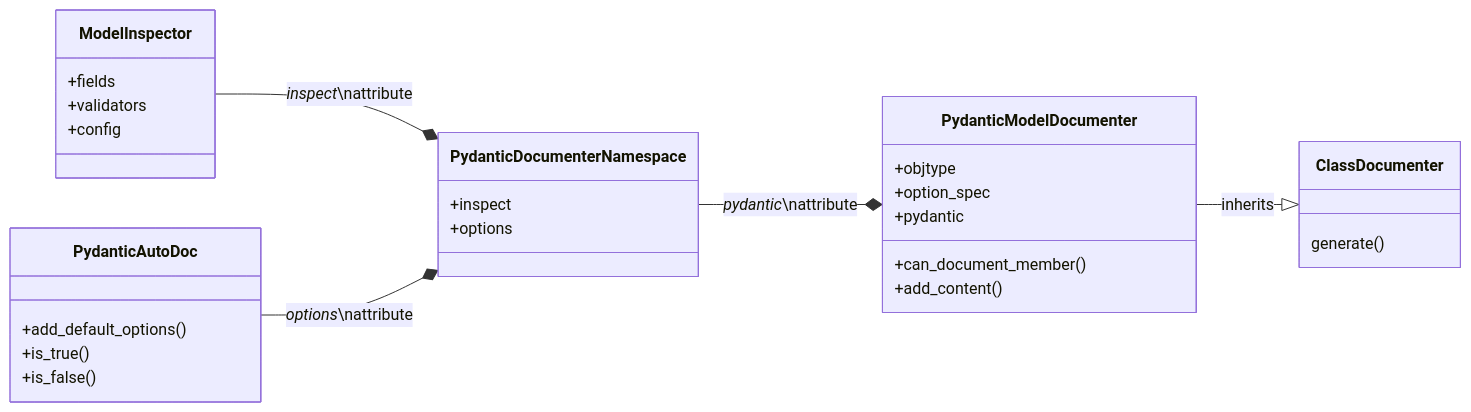
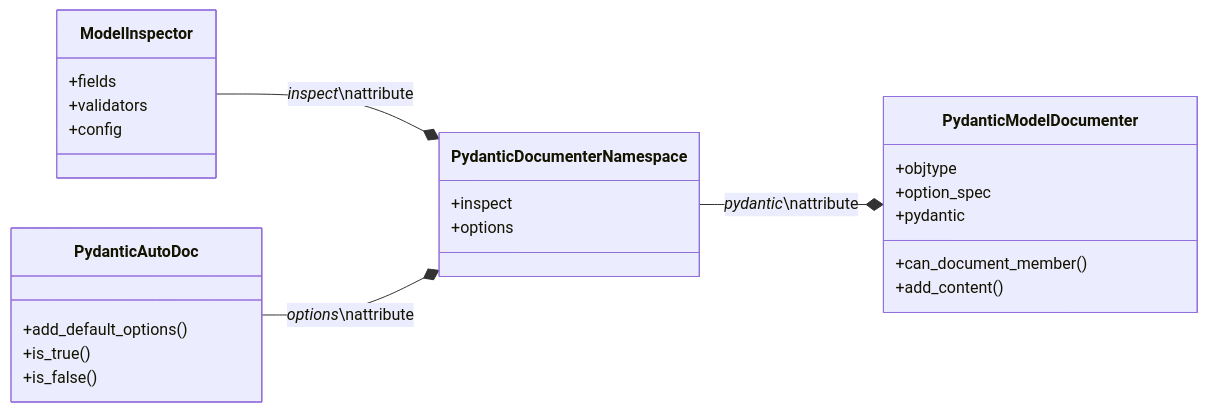
The diagram in docs/source/developers/design.rst (mansenfranzen/autodoc_pydantic), drawn with Mermaid before and after one commit. The commit also changed 2 other files, not shown here.

Commit message:
Minor guides improvement.

```diff
--- a/docs/source/developers/design.rst
+++ b/docs/source/developers/design.rst
@@ -246,39 +246,34 @@
 .. mermaid::
 
    classDiagram
        direction LR
-       class ClassDocumenter {
-           generate()
-       }
 
        class PydanticModelDocumenter {
            +objtype
            +option_spec
            +pydantic
            +can_document_member()
            +add_content()
        }
-
-       PydanticModelDocumenter --|> ClassDocumenter: inherits
 
        class PydanticDocumenterNamespace {
            +inspect
            +options
        }
 
        PydanticDocumenterNamespace --* PydanticModelDocumenter: *pydantic*\nattribute
 
        class ModelInspector {
            +fields
            +validators
            +config
        }
 
        class PydanticAutoDoc {
            +add_default_options()
            +is_true()
            +is_false()
        }
 
        ModelInspector --* PydanticDocumenterNamespace: *inspect*\nattribute
        PydanticAutoDoc --* PydanticDocumenterNamespace: *options*\nattribute
```
